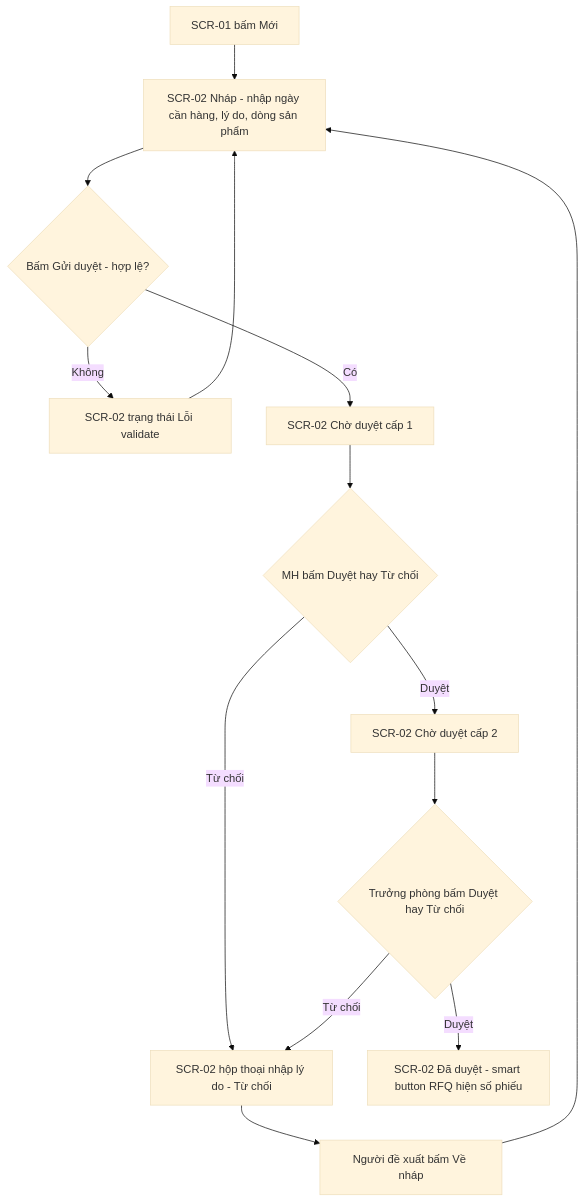
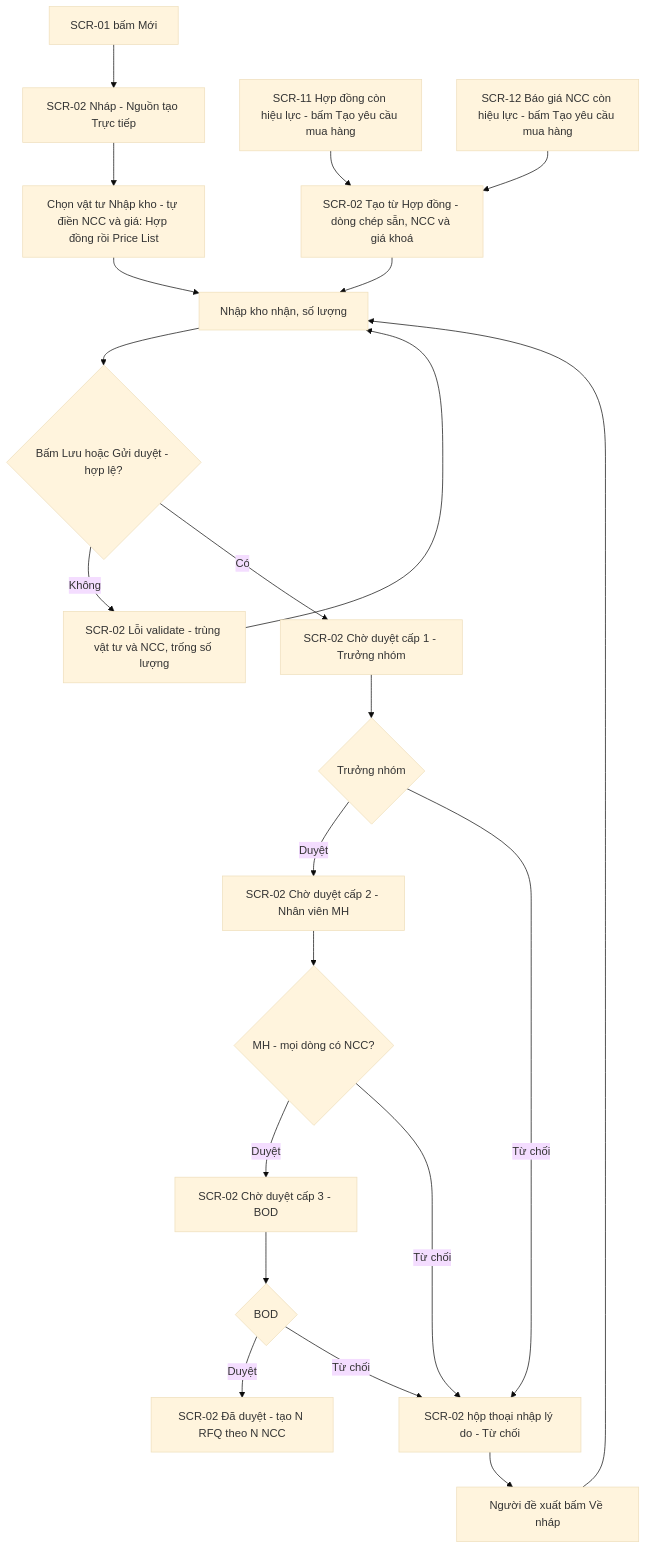
One commit to lethanhdat2002296-cpu/Skill_BA_Cloud_Automation changed the second of 4 diagrams in outputs/odoo-mua-hang/ui/flows.md. Above: the diagram before and after it, drawn with Mermaid (base theme). The commit also changed other lines of this file, not shown here.

First line of the commit message:
docs(odoo-mua-hang): UI spec & flows v0.2

````diff
--- a/outputs/odoo-mua-hang/ui/flows.md
+++ b/outputs/odoo-mua-hang/ui/flows.md
@@ -27,15 +32,23 @@
 ```mermaid
 flowchart TD
-  A[SCR-01 bấm Mới] --> B[SCR-02 Nháp - nhập ngày cần hàng, lý do, dòng sản phẩm]
-  B --> C{Bấm Gửi duyệt - hợp lệ?}
-  C -- Không --> C1[SCR-02 trạng thái Lỗi validate]
-  C1 --> B
-  C -- Có --> D[SCR-02 Chờ duyệt cấp 1]
-  D --> E{MH bấm Duyệt hay Từ chối}
+  A0[SCR-01 bấm Mới] --> B[SCR-02 Nháp - Nguồn tạo Trực tiếp]
+  A1[SCR-11 Hợp đồng còn hiệu lực - bấm Tạo yêu cầu mua hàng] --> B1[SCR-02 Tạo từ Hợp đồng - dòng chép sẵn, NCC và giá khoá]
+  A2[SCR-12 Báo giá NCC còn hiệu lực - bấm Tạo yêu cầu mua hàng] --> B1
+  B --> T[Chọn vật tư Nhập kho - tự điền NCC và giá: Hợp đồng rồi Price List]
+  T --> Q[Nhập kho nhận, số lượng]
+  B1 --> Q
+  Q --> C{Bấm Lưu hoặc Gửi duyệt - hợp lệ?}
+  C -- Không --> C1[SCR-02 Lỗi validate - trùng vật tư và NCC, trống số lượng]
+  C1 --> Q
+  C -- Có --> D[SCR-02 Chờ duyệt cấp 1 - Trưởng nhóm]
+  D --> E{Trưởng nhóm}
+  E -- Duyệt --> F[SCR-02 Chờ duyệt cấp 2 - Nhân viên MH]
+  F --> G{MH - mọi dòng có NCC?}
+  G -- Duyệt --> H0[SCR-02 Chờ duyệt cấp 3 - BOD]
+  H0 --> K{BOD}
+  K -- Duyệt --> H[SCR-02 Đã duyệt - tạo N RFQ theo N NCC]
   E -- Từ chối --> R[SCR-02 hộp thoại nhập lý do - Từ chối]
-  E -- Duyệt --> F[SCR-02 Chờ duyệt cấp 2]
-  F --> G{Trưởng phòng bấm Duyệt hay Từ chối}
   G -- Từ chối --> R
-  G -- Duyệt --> H[SCR-02 Đã duyệt - smart button RFQ hiện số phiếu]
-  R --> I[Người đề xuất bấm Về nháp] --> B
+  K -- Từ chối --> R
+  R --> I[Người đề xuất bấm Về nháp] --> Q
 ```
````
